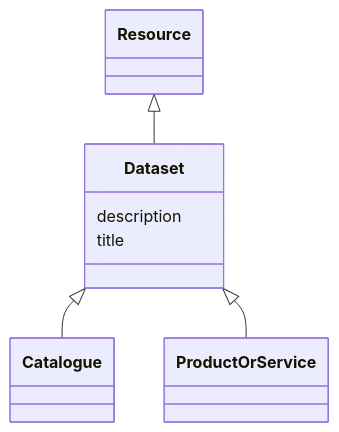
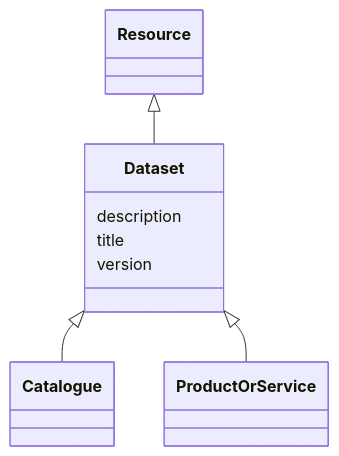
Before and after one commit to EVORA-project/evora-ontology: the diagram in models/docs/Dataset.md, drawn with Mermaid. The commit also changed other lines of this file and 650 other files, not shown here.

````diff
--- a/models/docs/Dataset.md
+++ b/models/docs/Dataset.md
@@ -21,20 +21,22 @@
 ```mermaid
  classDiagram
     class Dataset
     click Dataset href "../Dataset"
       Resource <|-- Dataset
         click Resource href "../Resource"
       
 
       Dataset <|-- Catalogue
         click Catalogue href "../Catalogue"
       Dataset <|-- ProductOrService
         click ProductOrService href "../ProductOrService"
       
       
       Dataset : description
         
       Dataset : title
         
+      Dataset : version
+        
       
 ```
````
